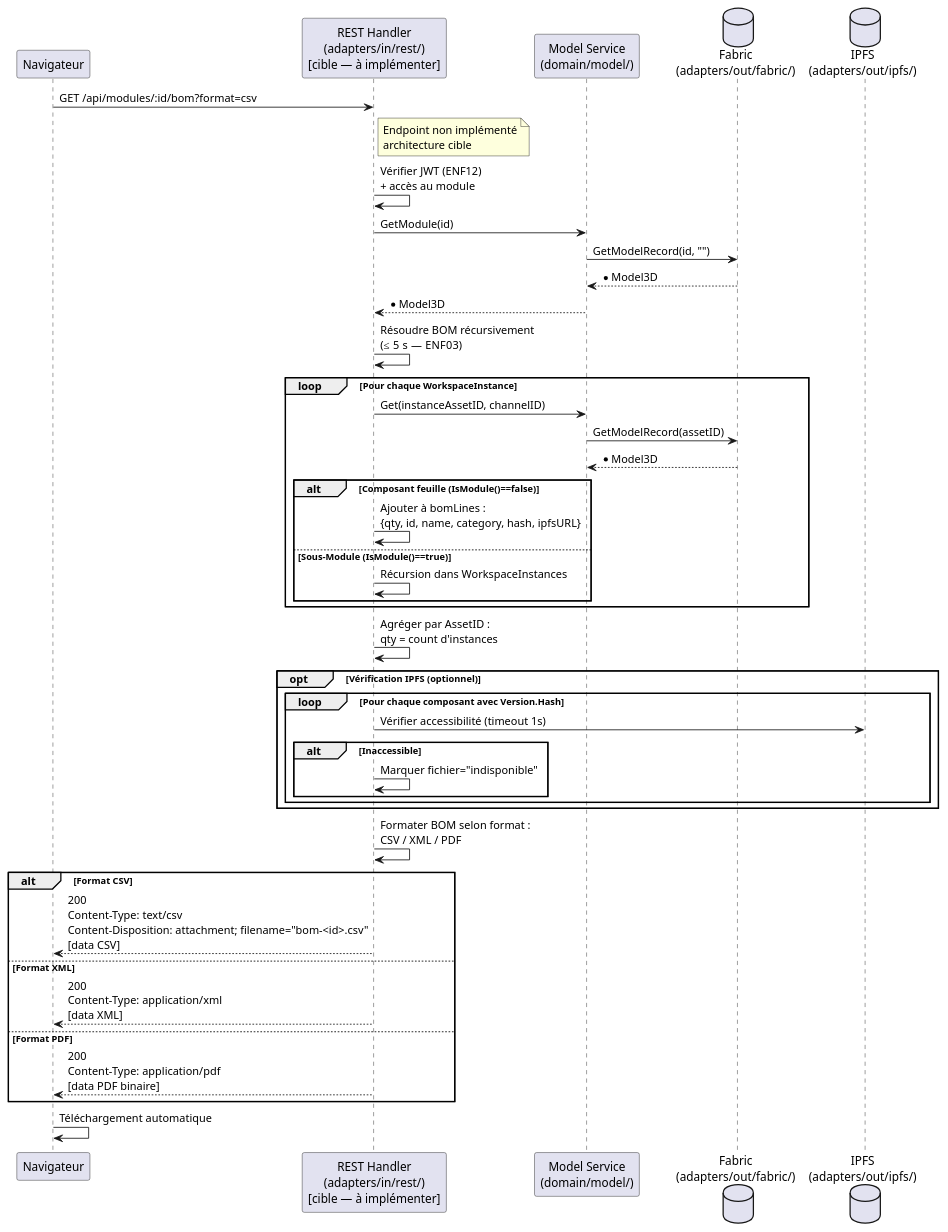
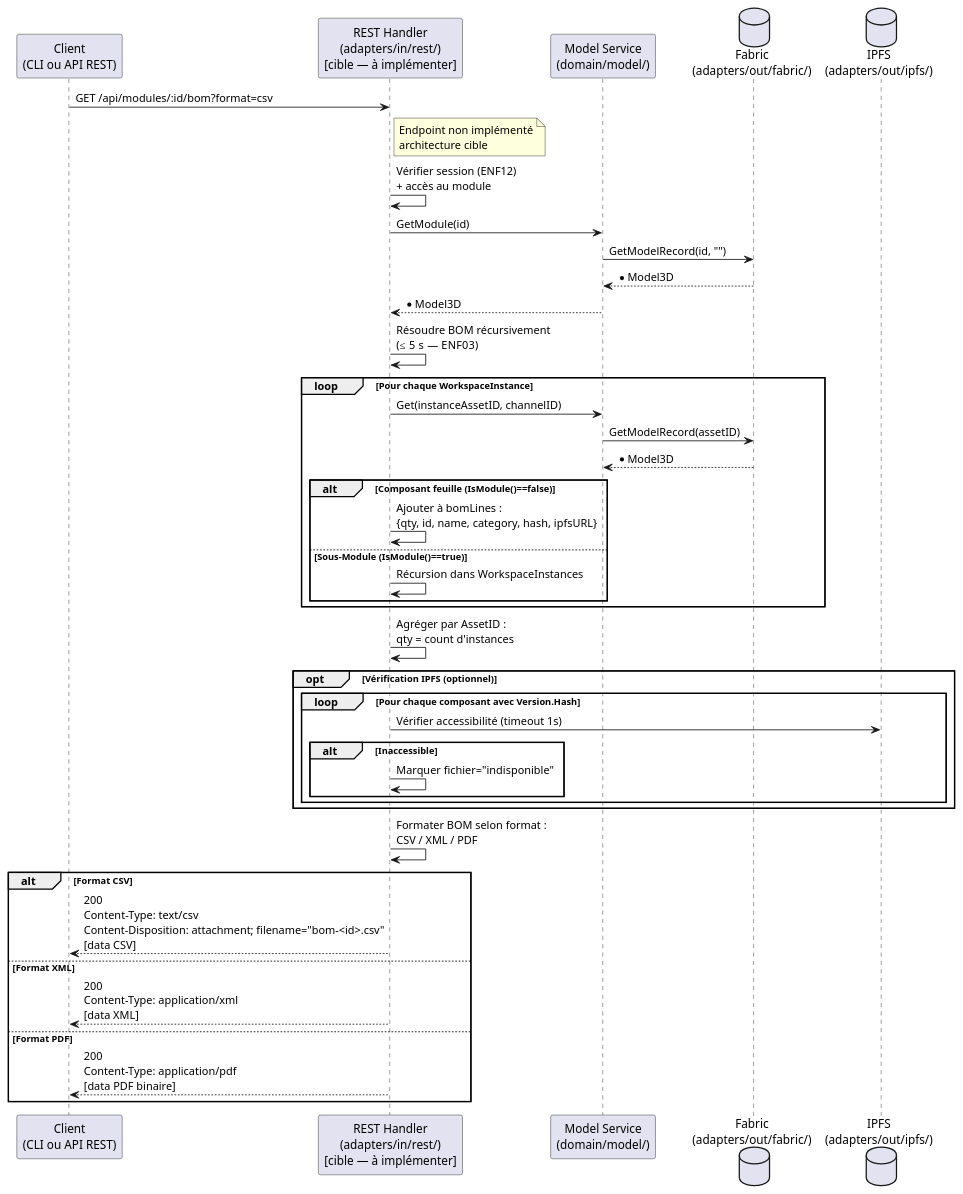
Before and after one commit to olivaux/myr: the second of 2 diagrams in specs/2-Analyse/UCREC-Recherche/UCREC05.md, drawn with PlantUML. The commit also changed other lines of this file and 72 other files, not shown here.

````diff
--- a/specs/2-Analyse/UCREC-Recherche/UCREC05.md
+++ b/specs/2-Analyse/UCREC-Recherche/UCREC05.md
@@ -105,54 +102,52 @@
 ```plantuml
 @startuml
-participant "Navigateur" as Browser
+participant "Client\n(CLI ou API REST)" as Browser
 participant "REST Handler\n(adapters/in/rest/)\n[cible — à implémenter]" as REST
 participant "Model Service\n(domain/model/)" as Service
 database "Fabric\n(adapters/out/fabric/)" as Fabric
 database "IPFS\n(adapters/out/ipfs/)" as IPFS
 
 Browser -> REST : GET /api/modules/:id/bom?format=csv
 note right of REST : Endpoint non implémenté\narchitecture cible
-REST -> REST : Vérifier JWT (ENF12)\n+ accès au module
+REST -> REST : Vérifier session (ENF12)\n+ accès au module
 REST -> Service : GetModule(id)
 Service -> Fabric : GetModelRecord(id, "")
 Fabric --> Service : *Model3D
 Service --> REST : *Model3D
 
 REST -> REST : Résoudre BOM récursivement\n(≤ 5 s — ENF03)
 
 loop Pour chaque WorkspaceInstance
     REST -> Service : Get(instanceAssetID, channelID)
     Service -> Fabric : GetModelRecord(assetID)
     Fabric --> Service : *Model3D
 
     alt Composant feuille (IsModule()==false)
         REST -> REST : Ajouter à bomLines :\n{qty, id, name, category, hash, ipfsURL}
     else Sous-Module (IsModule()==true)
         REST -> REST : Récursion dans WorkspaceInstances
     end
 end
 
 REST -> REST : Agréger par AssetID :\nqty = count d'instances
 
 opt Vérification IPFS (optionnel)
     loop Pour chaque composant avec Version.Hash
         REST -> IPFS : Vérifier accessibilité (timeout 1s)
         alt Inaccessible
             REST -> REST : Marquer fichier="indisponible"
         end
     end
 end
 
 REST -> REST : Formater BOM selon format :\nCSV / XML / PDF
 
 alt Format CSV
     REST --> Browser : 200\nContent-Type: text/csv\nContent-Disposition: attachment; filename="bom-<id>.csv"\n[data CSV]
 else Format XML
     REST --> Browser : 200\nContent-Type: application/xml\n[data XML]
 else Format PDF
     REST --> Browser : 200\nContent-Type: application/pdf\n[data PDF binaire]
 end
-
-Browser -> Browser : Téléchargement automatique
 @enduml
 ```
````
